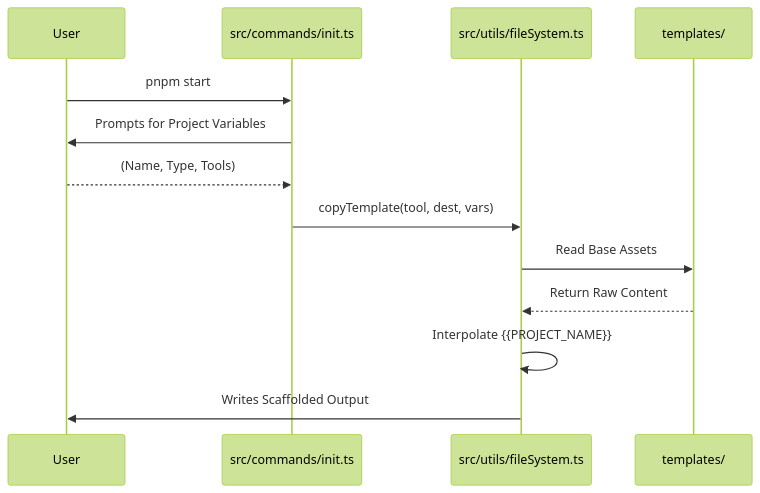
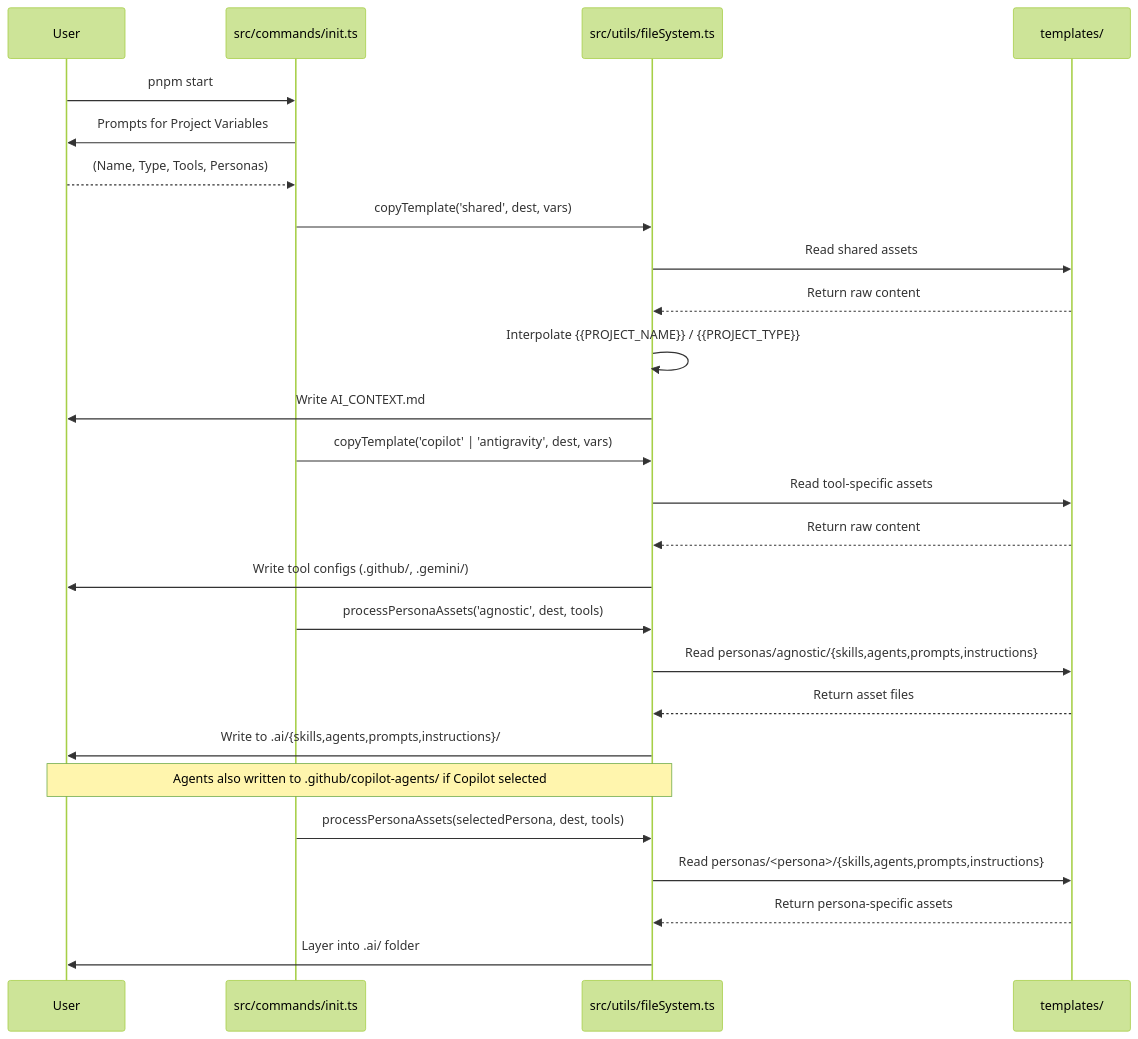
One commit to mehdibadjian/aikit changed the diagram in docs/onboarding/principal_guide.md. Above: the diagram before and after it, drawn with Mermaid (forest theme). The commit also changed 7 other files, not shown here.

Commit message:
feat: update documentation to reflect new AI asset structure and persona processing features

````diff
--- a/docs/onboarding/principal_guide.md
+++ b/docs/onboarding/principal_guide.md
@@ -25,16 +25,32 @@
 ```mermaid
 sequenceDiagram
     participant User
     participant CLI as src/commands/init.ts
     participant FS as src/utils/fileSystem.ts
     participant Templates as templates/
-    
+
     User->>CLI: pnpm start
     CLI->>User: Prompts for Project Variables
-    User-->>CLI: (Name, Type, Tools)
-    CLI->>FS: copyTemplate(tool, dest, vars)
-    FS->>Templates: Read Base Assets
-    Templates-->>FS: Return Raw Content
-    FS->>FS: Interpolate {{PROJECT_NAME}}
-    FS->>User: Writes Scaffolded Output
+    User-->>CLI: (Name, Type, Tools, Personas)
+    CLI->>FS: copyTemplate('shared', dest, vars)
+    FS->>Templates: Read shared assets
+    Templates-->>FS: Return raw content
+    FS->>FS: Interpolate {{PROJECT_NAME}} / {{PROJECT_TYPE}}
+    FS->>User: Write AI_CONTEXT.md
+
+    CLI->>FS: copyTemplate('copilot' | 'antigravity', dest, vars)
+    FS->>Templates: Read tool-specific assets
+    Templates-->>FS: Return raw content
+    FS->>User: Write tool configs (.github/, .gemini/)
+
+    CLI->>FS: processPersonaAssets('agnostic', dest, tools)
+    FS->>Templates: Read personas/agnostic/{skills,agents,prompts,instructions}
+    Templates-->>FS: Return asset files
+    FS->>User: Write to .ai/{skills,agents,prompts,instructions}/
+    Note over FS,User: Agents also written to .github/copilot-agents/ if Copilot selected
+
+    CLI->>FS: processPersonaAssets(selectedPersona, dest, tools)
+    FS->>Templates: Read personas/<persona>/{skills,agents,prompts,instructions}
+    Templates-->>FS: Return persona-specific assets
+    FS->>User: Layer into .ai/ folder
 ```
````
